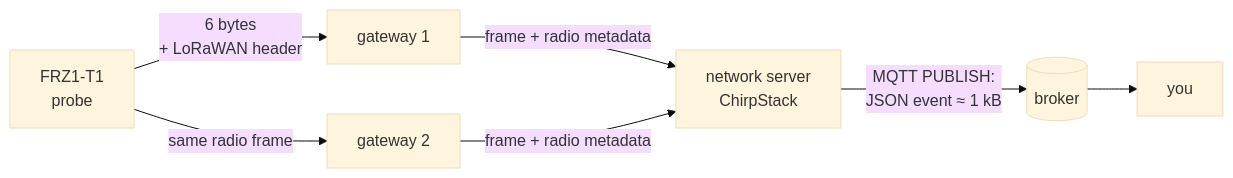
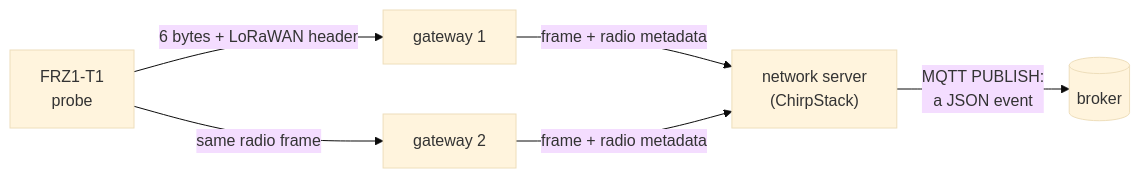
The second of 2 diagrams in lab1/README.md (lmendiboure/IoT-Labs-UPPA), drawn with Mermaid (base theme) before and after one commit. The commit also changed other lines of this file and 5 other files, not shown here.

````diff
--- a/lab1/README.md
+++ b/lab1/README.md
@@ -325,9 +187,8 @@
 ```mermaid
 flowchart LR
-    P["FRZ1-T1<br/>probe"] -- "6 bytes<br/>+ LoRaWAN header" --> G1["gateway 1"]
+    P["FRZ1-T1<br/>probe"] -- "6 bytes + LoRaWAN header" --> G1["gateway 1"]
     P -- "same radio frame" --> G2["gateway 2"]
-    G1 -- "frame + radio metadata" --> NS["network server<br/>ChirpStack"]
+    G1 -- "frame + radio metadata" --> NS["network server<br/>(ChirpStack)"]
     G2 -- "frame + radio metadata" --> NS
-    NS -- "MQTT PUBLISH:<br/>JSON event ≈ 1 kB" --> B[("broker")]
-    B --> Y["you"]
+    NS -- "MQTT PUBLISH:<br/>a JSON event" --> B[("broker")]
 ```
````
